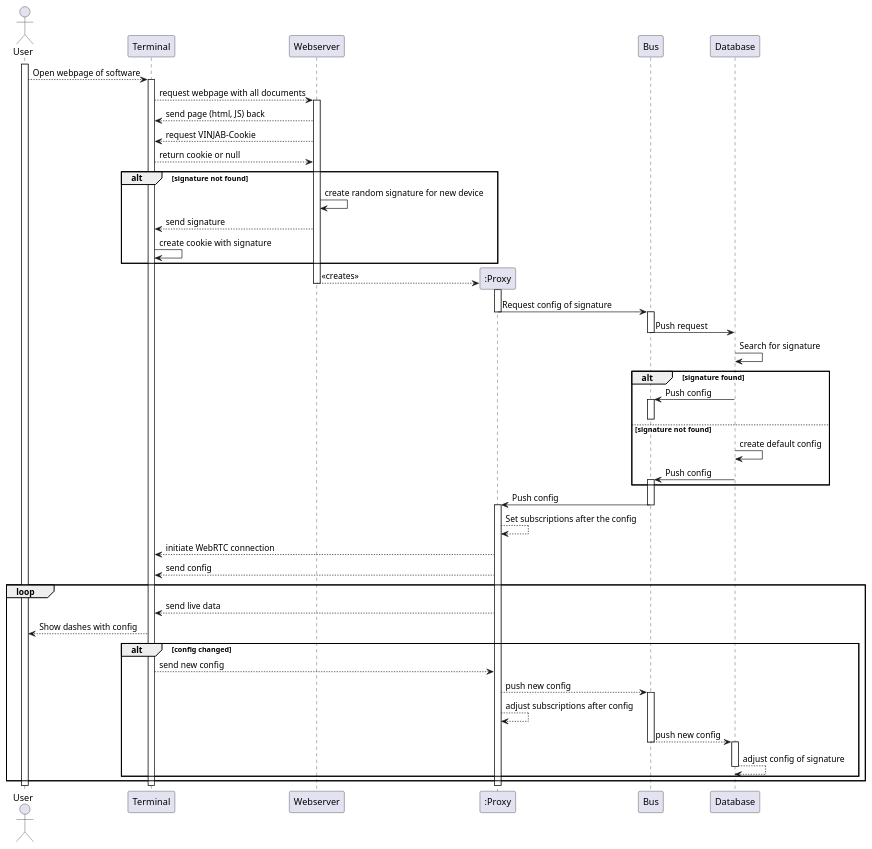
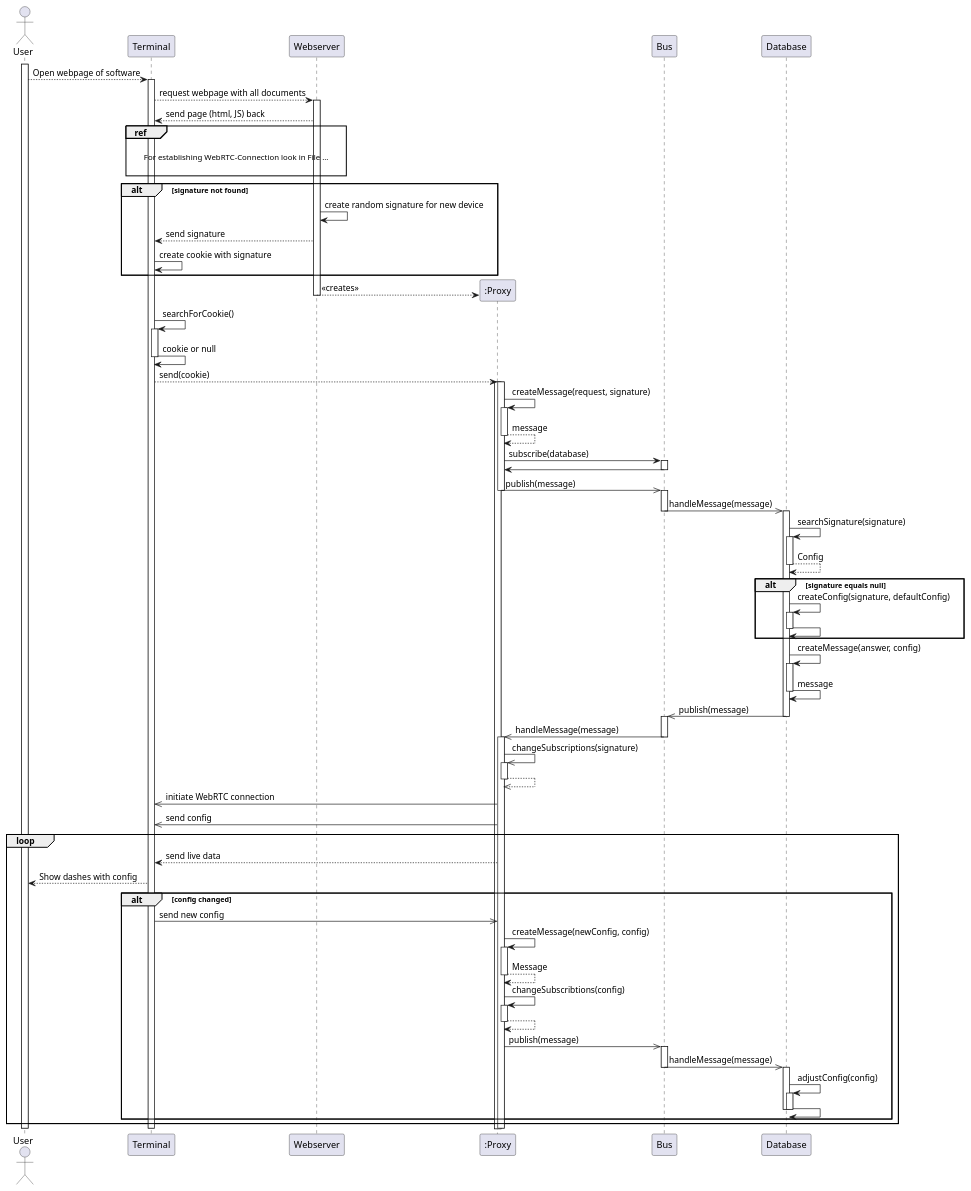
The diagram in Entwurf/diagrams/Connect.pu (uzdry/PSE), drawn with PlantUML before and after one commit.

Commit message:
Added reference to WebRTC sequence diagram

```diff
--- a/Entwurf/diagrams/Connect.pu
+++ b/Entwurf/diagrams/Connect.pu
@@ -1,70 +1,117 @@
 @startuml
 actor User
 
 activate User
 User --> Terminal: Open webpage of software
 activate Terminal
 
 Terminal --> Webserver: request webpage with all documents
 activate Webserver
 
 Terminal <-- Webserver: send page (html, JS) back
-Webserver --> Terminal: request VINJAB-Cookie
-Terminal --> Webserver: return cookie or null
+
+ref over Terminal,Webserver
+
+	For establishing WebRTC-Connection look in File ...
+
+end ref
+
 alt signature not found
 	Webserver -> Webserver: create random signature for new device
 	Webserver --> Terminal: send signature
 	Terminal -> Terminal: create cookie with signature
 end
 
 create ":Proxy"
 Webserver --> ":Proxy": <<creates>>
-activate ":Proxy"
 deactivate Webserver
 
-":Proxy" -> Bus: Request config of signature
-deactivate ":Proxy"
-activate Bus
-Bus -> Database: Push request
-deactivate Bus
-Database -> Database: Search for signature
+Terminal -> Terminal: searchForCookie()
+activate Terminal
+	Terminal -> Terminal: cookie or null
+deactivate Terminal
 
-alt signature found
-	Bus <- Database: Push config	
-	activate Bus
-else signature not found
-	deactivate Bus
-	Database -> Database: create default config
-	Database -> Bus: Push config
-	activate Bus
-end
-
-Bus -> ":Proxy": Push config
-deactivate Bus
+Terminal --> ":Proxy": send(cookie)
 activate ":Proxy"
 
-":Proxy" --> ":Proxy": Set subscriptions after the config
-Terminal <-- ":Proxy": initiate WebRTC connection
-Terminal <-- ":Proxy": send config
+activate ":Proxy"
+	":Proxy" -> ":Proxy": createMessage(request, signature)
+	activate ":Proxy"
+		":Proxy" --> ":Proxy": message
+	deactivate ":Proxy"
+	":Proxy" -> Bus: subscribe(database)
+	activate Bus
+    	Bus -> ":Proxy"
+    deactivate Bus
+	":Proxy" ->> Bus: publish(message)
+deactivate ":Proxy"
 
-loop
-	Terminal <-- ":Proxy": send live data
-	Terminal --> User: Show dashes with config	
+activate Bus
+	Bus ->> Database: handleMessage(message)
+deactivate Bus
 
-	alt config changed
-		Terminal --> ":Proxy": send new config
-		":Proxy" --> Bus: push new config
-		activate Bus
-		":Proxy" --> ":Proxy": adjust subscriptions after config
-		Bus --> Database: push new config
-		deactivate Bus
+activate Database
+	Database -> Database: searchSignature(signature)
+	activate Database
+		Database --> Database: Config
+	deactivate Database
+
+	alt signature equals null
+		Database -> Database: createConfig(signature, defaultConfig)
 		activate Database
-		Database --> Database: adjust config of signature
+			Database -> Database
 		deactivate Database
+		
 	end
-end
+	Database -> Database: createMessage(answer, config)
+	activate Database
+		Database -> Database: message
+	deactivate Database
+	Database ->> Bus: publish(message)
+deactivate Database	
+
+activate Bus
+	Bus ->> ":Proxy": handleMessage(message)
+deactivate Bus
+
+activate ":Proxy"
+	":Proxy" ->> ":Proxy": changeSubscriptions(signature)
+	activate ":Proxy"
+		":Proxy" -->> ":Proxy"
+	deactivate ":Proxy"
+	Terminal <<- ":Proxy": initiate WebRTC connection
+	Terminal <<- ":Proxy": send config
+
+	loop
+		Terminal <-- ":Proxy": send live data
+		Terminal --> User: Show dashes with config	
+
+		alt config changed
+			Terminal ->> ":Proxy": send new config
+			":Proxy" -> ":Proxy": createMessage(newConfig, config)
+			activate ":Proxy"
+				":Proxy" --> ":Proxy": Message
+			deactivate ":Proxy"
+			":Proxy" -> ":Proxy": changeSubscribtions(config)
+			activate ":Proxy"
+				":Proxy" --> ":Proxy"
+			deactivate ":Proxy"
+			":Proxy" ->> Bus: publish(message)
+			activate Bus
+				Bus ->> Database: handleMessage(message)
+			deactivate Bus
+			
+			activate Database
+				Database -> Database: adjustConfig(config)
+				activate Database
+					Database->Database
+				deactivate Database
+			deactivate Database
+		end
+	end
+deactivate ":Proxy"
 
 deactivate User
 deactivate Terminal
-deactivate ":Proxy"
+deactivate Database
 @enduml
```
